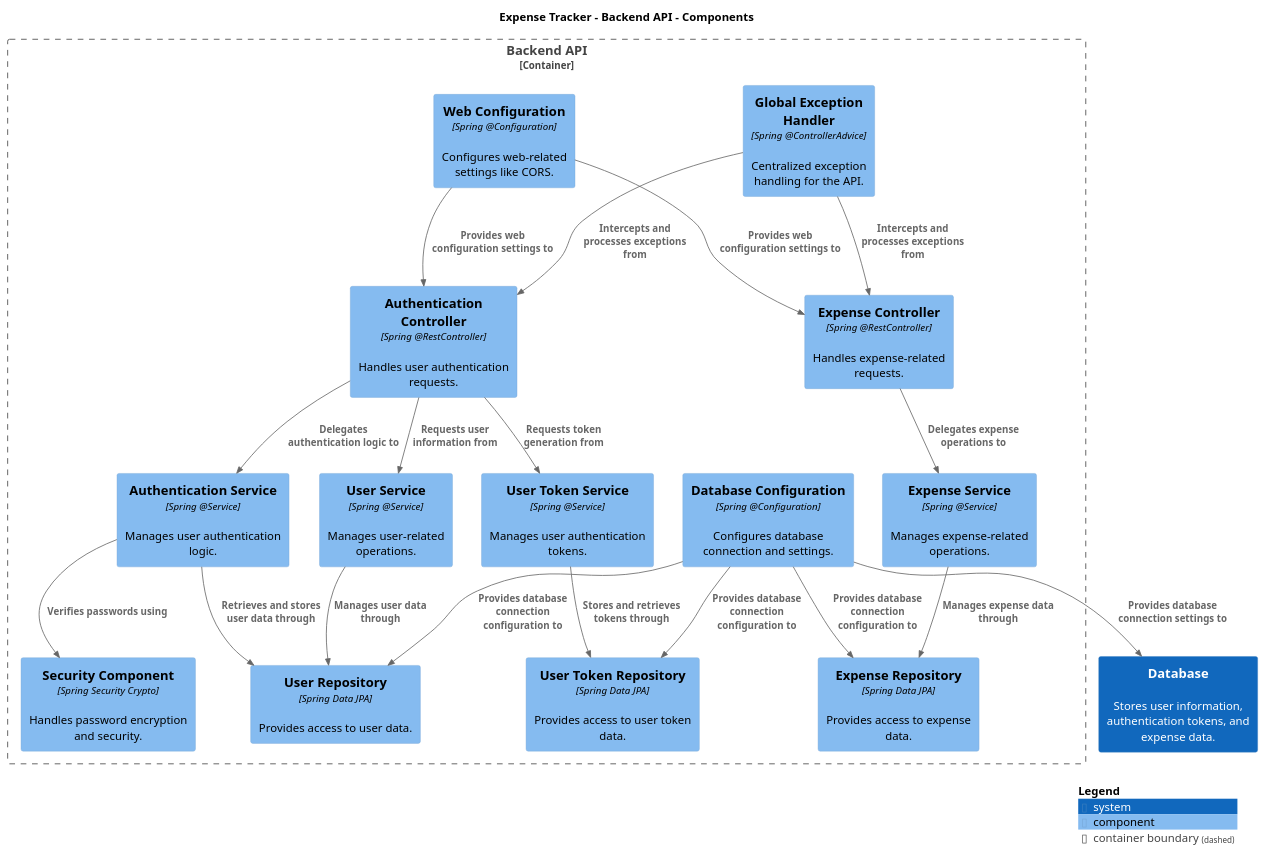
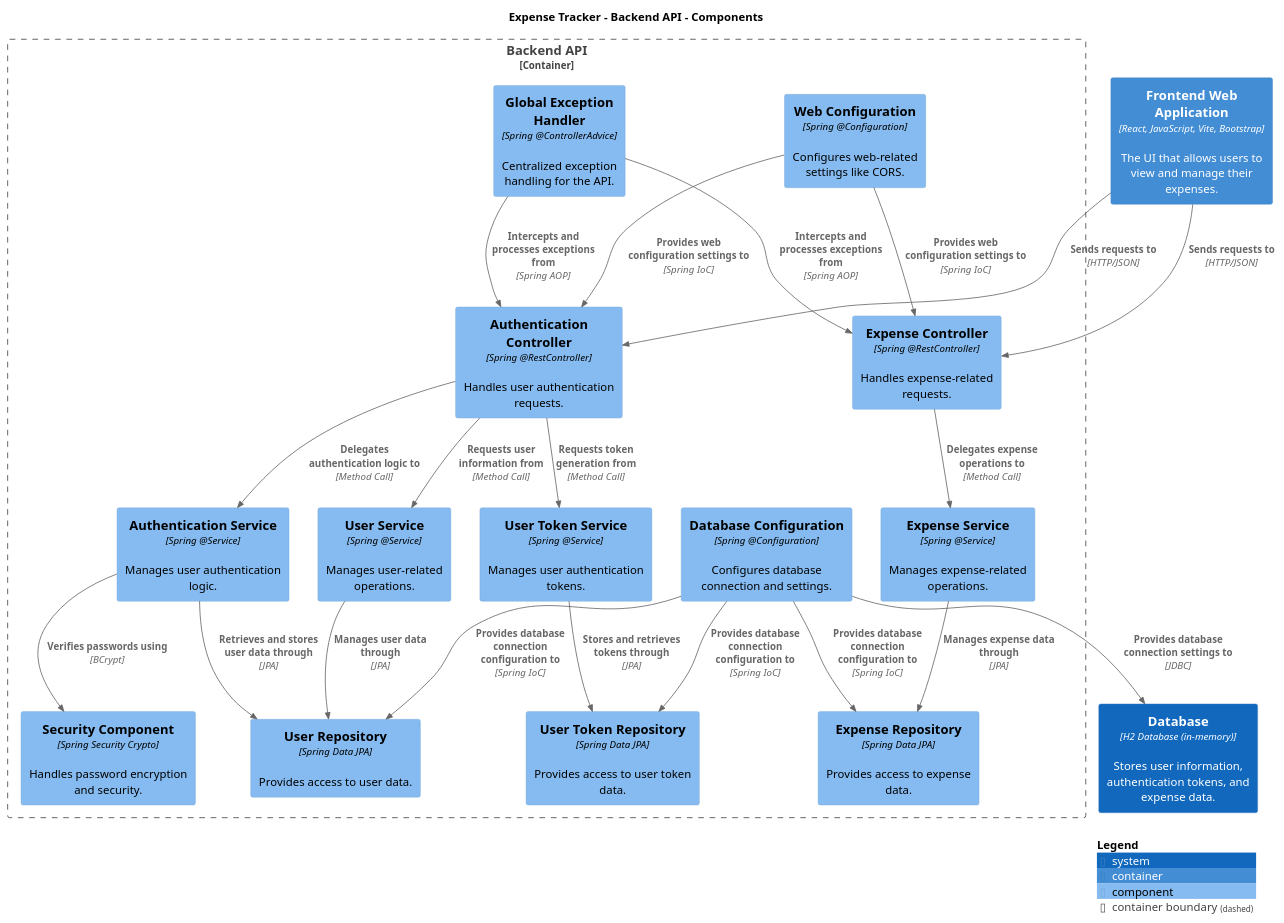
Before and after one commit to AIM-ENE-feb25/triptop-groep-3-pedro-ramon-mees: the diagram in docs/week-2/pedro/FSWD-component.plantuml, drawn with PlantUML. The commit also changed 1 other file, not shown here.

Commit message:
added type and techn tags to relationships and components

```diff
--- a/docs/week-2/pedro/FSWD-component.plantuml
+++ b/docs/week-2/pedro/FSWD-component.plantuml
@@ -1,48 +1,52 @@
 @startuml
 set separator none
 title Expense Tracker - Backend API - Components
 
 top to bottom direction
 
 !include <C4/C4>
 !include <C4/C4_Context>
+!include <C4/C4_Container>
 !include <C4/C4_Component>
 
-System(Database, "Database", $descr="Stores user information, authentication tokens, and expense data.", $tags="", $link="")
+System(Database, "Database", $type="H2 Database (in-memory)", $descr="Stores user information, authentication tokens, and expense data.", $tags="Database", $link="")
+Container(ExpenseTracker.FrontendWebApplication, "Frontend Web Application", $techn="React, JavaScript, Vite, Bootstrap", $descr="The UI that allows users to view and manage their expenses.", $tags="Frontend", $link="")
 
-Container_Boundary("ExpenseTracker.BackendAPI_boundary", "Backend API", $tags="") {
-  Component(ExpenseTracker.BackendAPI.AuthenticationService, "Authentication Service", $techn="Spring @Service", $descr="Manages user authentication logic.", $tags="", $link="")
-  Component(ExpenseTracker.BackendAPI.UserService, "User Service", $techn="Spring @Service", $descr="Manages user-related operations.", $tags="", $link="")
-  Component(ExpenseTracker.BackendAPI.ExpenseService, "Expense Service", $techn="Spring @Service", $descr="Manages expense-related operations.", $tags="", $link="")
-  Component(ExpenseTracker.BackendAPI.UserTokenService, "User Token Service", $techn="Spring @Service", $descr="Manages user authentication tokens.", $tags="", $link="")
-  Component(ExpenseTracker.BackendAPI.UserRepository, "User Repository", $techn="Spring Data JPA", $descr="Provides access to user data.", $tags="", $link="")
-  Component(ExpenseTracker.BackendAPI.ExpenseRepository, "Expense Repository", $techn="Spring Data JPA", $descr="Provides access to expense data.", $tags="", $link="")
-  Component(ExpenseTracker.BackendAPI.UserTokenRepository, "User Token Repository", $techn="Spring Data JPA", $descr="Provides access to user token data.", $tags="", $link="")
-  Component(ExpenseTracker.BackendAPI.SecurityComponent, "Security Component", $techn="Spring Security Crypto", $descr="Handles password encryption and security.", $tags="", $link="")
-  Component(ExpenseTracker.BackendAPI.GlobalExceptionHandler, "Global Exception Handler", $techn="Spring @ControllerAdvice", $descr="Centralized exception handling for the API.", $tags="", $link="")
-  Component(ExpenseTracker.BackendAPI.WebConfiguration, "Web Configuration", $techn="Spring @Configuration", $descr="Configures web-related settings like CORS.", $tags="", $link="")
-  Component(ExpenseTracker.BackendAPI.DatabaseConfiguration, "Database Configuration", $techn="Spring @Configuration", $descr="Configures database connection and settings.", $tags="", $link="")
-  Component(ExpenseTracker.BackendAPI.AuthenticationController, "Authentication Controller", $techn="Spring @RestController", $descr="Handles user authentication requests.", $tags="", $link="")
-  Component(ExpenseTracker.BackendAPI.ExpenseController, "Expense Controller", $techn="Spring @RestController", $descr="Handles expense-related requests.", $tags="", $link="")
+Container_Boundary("ExpenseTracker.BackendAPI_boundary", "Backend API", $tags="Backend") {
+  Component(ExpenseTracker.BackendAPI.AuthenticationService, "Authentication Service", $techn="Spring @Service", $descr="Manages user authentication logic.", $tags="Service", $link="")
+  Component(ExpenseTracker.BackendAPI.UserService, "User Service", $techn="Spring @Service", $descr="Manages user-related operations.", $tags="Service", $link="")
+  Component(ExpenseTracker.BackendAPI.ExpenseService, "Expense Service", $techn="Spring @Service", $descr="Manages expense-related operations.", $tags="Service", $link="")
+  Component(ExpenseTracker.BackendAPI.UserTokenService, "User Token Service", $techn="Spring @Service", $descr="Manages user authentication tokens.", $tags="Service", $link="")
+  Component(ExpenseTracker.BackendAPI.UserRepository, "User Repository", $techn="Spring Data JPA", $descr="Provides access to user data.", $tags="Repository", $link="")
+  Component(ExpenseTracker.BackendAPI.ExpenseRepository, "Expense Repository", $techn="Spring Data JPA", $descr="Provides access to expense data.", $tags="Repository", $link="")
+  Component(ExpenseTracker.BackendAPI.UserTokenRepository, "User Token Repository", $techn="Spring Data JPA", $descr="Provides access to user token data.", $tags="Repository", $link="")
+  Component(ExpenseTracker.BackendAPI.SecurityComponent, "Security Component", $techn="Spring Security Crypto", $descr="Handles password encryption and security.", $tags="Security", $link="")
+  Component(ExpenseTracker.BackendAPI.GlobalExceptionHandler, "Global Exception Handler", $techn="Spring @ControllerAdvice", $descr="Centralized exception handling for the API.", $tags="Exception Handling", $link="")
+  Component(ExpenseTracker.BackendAPI.WebConfiguration, "Web Configuration", $techn="Spring @Configuration", $descr="Configures web-related settings like CORS.", $tags="Configuration", $link="")
+  Component(ExpenseTracker.BackendAPI.DatabaseConfiguration, "Database Configuration", $techn="Spring @Configuration", $descr="Configures database connection and settings.", $tags="Configuration", $link="")
+  Component(ExpenseTracker.BackendAPI.AuthenticationController, "Authentication Controller", $techn="Spring @RestController", $descr="Handles user authentication requests.", $tags="Controller", $link="")
+  Component(ExpenseTracker.BackendAPI.ExpenseController, "Expense Controller", $techn="Spring @RestController", $descr="Handles expense-related requests.", $tags="Controller", $link="")
 }
 
-Rel(ExpenseTracker.BackendAPI.AuthenticationController, ExpenseTracker.BackendAPI.AuthenticationService, "Delegates authentication logic to", $techn="", $tags="", $link="")
-Rel(ExpenseTracker.BackendAPI.AuthenticationController, ExpenseTracker.BackendAPI.UserService, "Requests user information from", $techn="", $tags="", $link="")
-Rel(ExpenseTracker.BackendAPI.AuthenticationController, ExpenseTracker.BackendAPI.UserTokenService, "Requests token generation from", $techn="", $tags="", $link="")
-Rel(ExpenseTracker.BackendAPI.ExpenseController, ExpenseTracker.BackendAPI.ExpenseService, "Delegates expense operations to", $techn="", $tags="", $link="")
-Rel(ExpenseTracker.BackendAPI.AuthenticationService, ExpenseTracker.BackendAPI.UserRepository, "Retrieves and stores user data through", $techn="", $tags="", $link="")
-Rel(ExpenseTracker.BackendAPI.AuthenticationService, ExpenseTracker.BackendAPI.SecurityComponent, "Verifies passwords using", $techn="", $tags="", $link="")
-Rel(ExpenseTracker.BackendAPI.UserService, ExpenseTracker.BackendAPI.UserRepository, "Manages user data through", $techn="", $tags="", $link="")
-Rel(ExpenseTracker.BackendAPI.ExpenseService, ExpenseTracker.BackendAPI.ExpenseRepository, "Manages expense data through", $techn="", $tags="", $link="")
-Rel(ExpenseTracker.BackendAPI.UserTokenService, ExpenseTracker.BackendAPI.UserTokenRepository, "Stores and retrieves tokens through", $techn="", $tags="", $link="")
-Rel(ExpenseTracker.BackendAPI.WebConfiguration, ExpenseTracker.BackendAPI.AuthenticationController, "Provides web configuration settings to", $techn="", $tags="", $link="")
-Rel(ExpenseTracker.BackendAPI.WebConfiguration, ExpenseTracker.BackendAPI.ExpenseController, "Provides web configuration settings to", $techn="", $tags="", $link="")
-Rel(ExpenseTracker.BackendAPI.DatabaseConfiguration, Database, "Provides database connection settings to", $techn="", $tags="", $link="")
-Rel(ExpenseTracker.BackendAPI.DatabaseConfiguration, ExpenseTracker.BackendAPI.UserRepository, "Provides database connection configuration to", $techn="", $tags="", $link="")
-Rel(ExpenseTracker.BackendAPI.DatabaseConfiguration, ExpenseTracker.BackendAPI.ExpenseRepository, "Provides database connection configuration to", $techn="", $tags="", $link="")
-Rel(ExpenseTracker.BackendAPI.DatabaseConfiguration, ExpenseTracker.BackendAPI.UserTokenRepository, "Provides database connection configuration to", $techn="", $tags="", $link="")
-Rel(ExpenseTracker.BackendAPI.GlobalExceptionHandler, ExpenseTracker.BackendAPI.AuthenticationController, "Intercepts and processes exceptions from", $techn="", $tags="", $link="")
-Rel(ExpenseTracker.BackendAPI.GlobalExceptionHandler, ExpenseTracker.BackendAPI.ExpenseController, "Intercepts and processes exceptions from", $techn="", $tags="", $link="")
+Rel(ExpenseTracker.BackendAPI.AuthenticationController, ExpenseTracker.BackendAPI.AuthenticationService, "Delegates authentication logic to", $techn="Method Call", $tags="Controller-Service", $link="")
+Rel(ExpenseTracker.BackendAPI.AuthenticationController, ExpenseTracker.BackendAPI.UserService, "Requests user information from", $techn="Method Call", $tags="Controller-Service", $link="")
+Rel(ExpenseTracker.BackendAPI.AuthenticationController, ExpenseTracker.BackendAPI.UserTokenService, "Requests token generation from", $techn="Method Call", $tags="Controller-Service", $link="")
+Rel(ExpenseTracker.BackendAPI.ExpenseController, ExpenseTracker.BackendAPI.ExpenseService, "Delegates expense operations to", $techn="Method Call", $tags="Controller-Service", $link="")
+Rel(ExpenseTracker.BackendAPI.AuthenticationService, ExpenseTracker.BackendAPI.UserRepository, "Retrieves and stores user data through", $techn="JPA", $tags="Service-Repository", $link="")
+Rel(ExpenseTracker.BackendAPI.AuthenticationService, ExpenseTracker.BackendAPI.SecurityComponent, "Verifies passwords using", $techn="BCrypt", $tags="Security", $link="")
+Rel(ExpenseTracker.BackendAPI.UserService, ExpenseTracker.BackendAPI.UserRepository, "Manages user data through", $techn="JPA", $tags="Service-Repository", $link="")
+Rel(ExpenseTracker.BackendAPI.ExpenseService, ExpenseTracker.BackendAPI.ExpenseRepository, "Manages expense data through", $techn="JPA", $tags="Service-Repository", $link="")
+Rel(ExpenseTracker.BackendAPI.UserTokenService, ExpenseTracker.BackendAPI.UserTokenRepository, "Stores and retrieves tokens through", $techn="JPA", $tags="Service-Repository", $link="")
+Rel(ExpenseTracker.BackendAPI.WebConfiguration, ExpenseTracker.BackendAPI.AuthenticationController, "Provides web configuration settings to", $techn="Spring IoC", $tags="Configuration", $link="")
+Rel(ExpenseTracker.BackendAPI.WebConfiguration, ExpenseTracker.BackendAPI.ExpenseController, "Provides web configuration settings to", $techn="Spring IoC", $tags="Configuration", $link="")
+Rel(ExpenseTracker.BackendAPI.DatabaseConfiguration, Database, "Provides database connection settings to", $techn="JDBC", $tags="Database", $link="")
+Rel(ExpenseTracker.FrontendWebApplication, ExpenseTracker.BackendAPI.AuthenticationController, "Sends requests to", $techn="HTTP/JSON", $tags="API", $link="")
+Rel(ExpenseTracker.FrontendWebApplication, ExpenseTracker.BackendAPI.ExpenseController, "Sends requests to", $techn="HTTP/JSON", $tags="API", $link="")
+Rel(ExpenseTracker.BackendAPI.DatabaseConfiguration, ExpenseTracker.BackendAPI.UserRepository, "Provides database connection configuration to", $techn="Spring IoC", $tags="Configuration", $link="")
+Rel(ExpenseTracker.BackendAPI.DatabaseConfiguration, ExpenseTracker.BackendAPI.ExpenseRepository, "Provides database connection configuration to", $techn="Spring IoC", $tags="Configuration", $link="")
+Rel(ExpenseTracker.BackendAPI.DatabaseConfiguration, ExpenseTracker.BackendAPI.UserTokenRepository, "Provides database connection configuration to", $techn="Spring IoC", $tags="Configuration", $link="")
+Rel(ExpenseTracker.BackendAPI.GlobalExceptionHandler, ExpenseTracker.BackendAPI.AuthenticationController, "Intercepts and processes exceptions from", $techn="Spring AOP", $tags="Exception Handling", $link="")
+Rel(ExpenseTracker.BackendAPI.GlobalExceptionHandler, ExpenseTracker.BackendAPI.ExpenseController, "Intercepts and processes exceptions from", $techn="Spring AOP", $tags="Exception Handling", $link="")
 
 SHOW_LEGEND(true)
 @enduml
```
